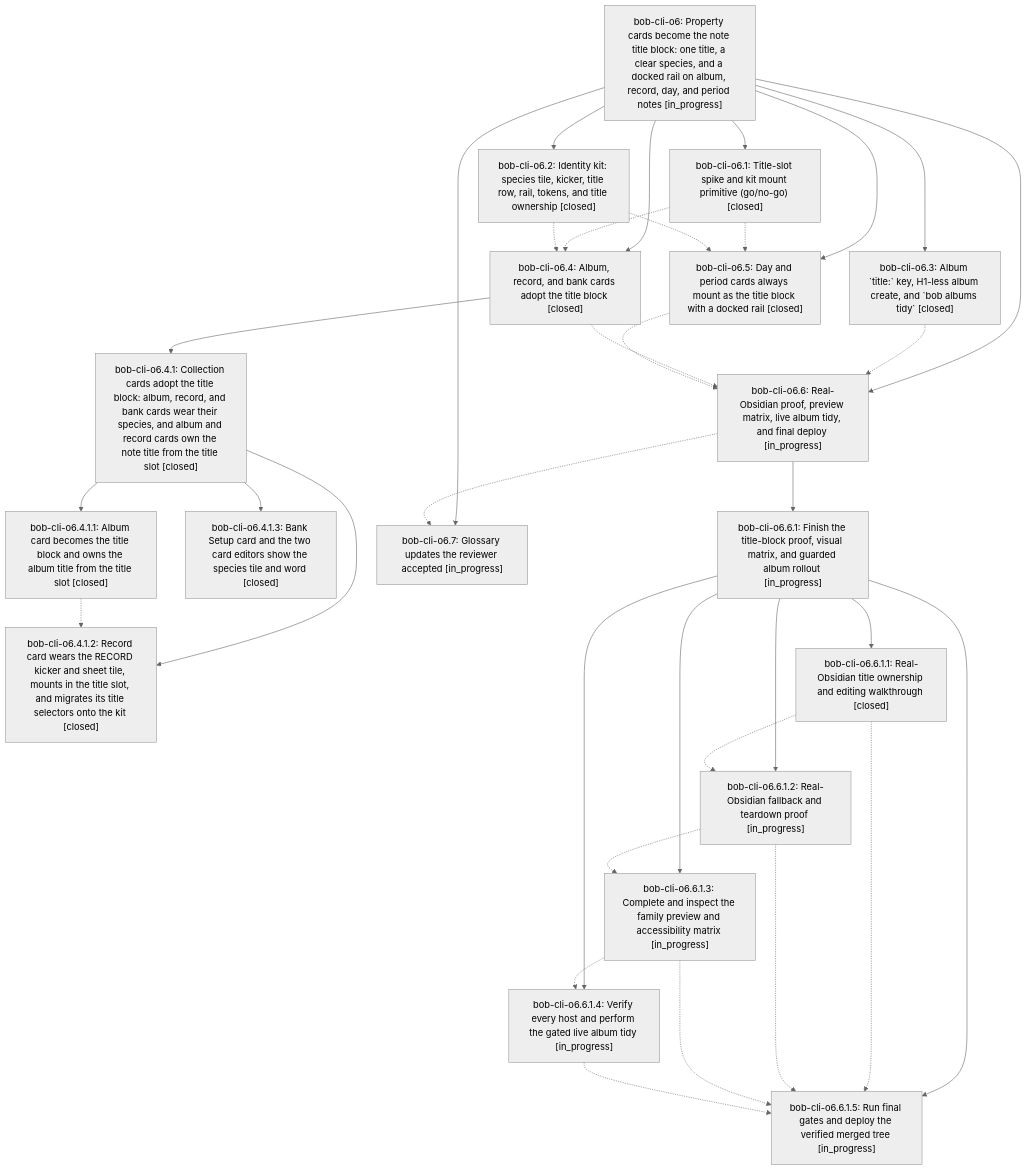
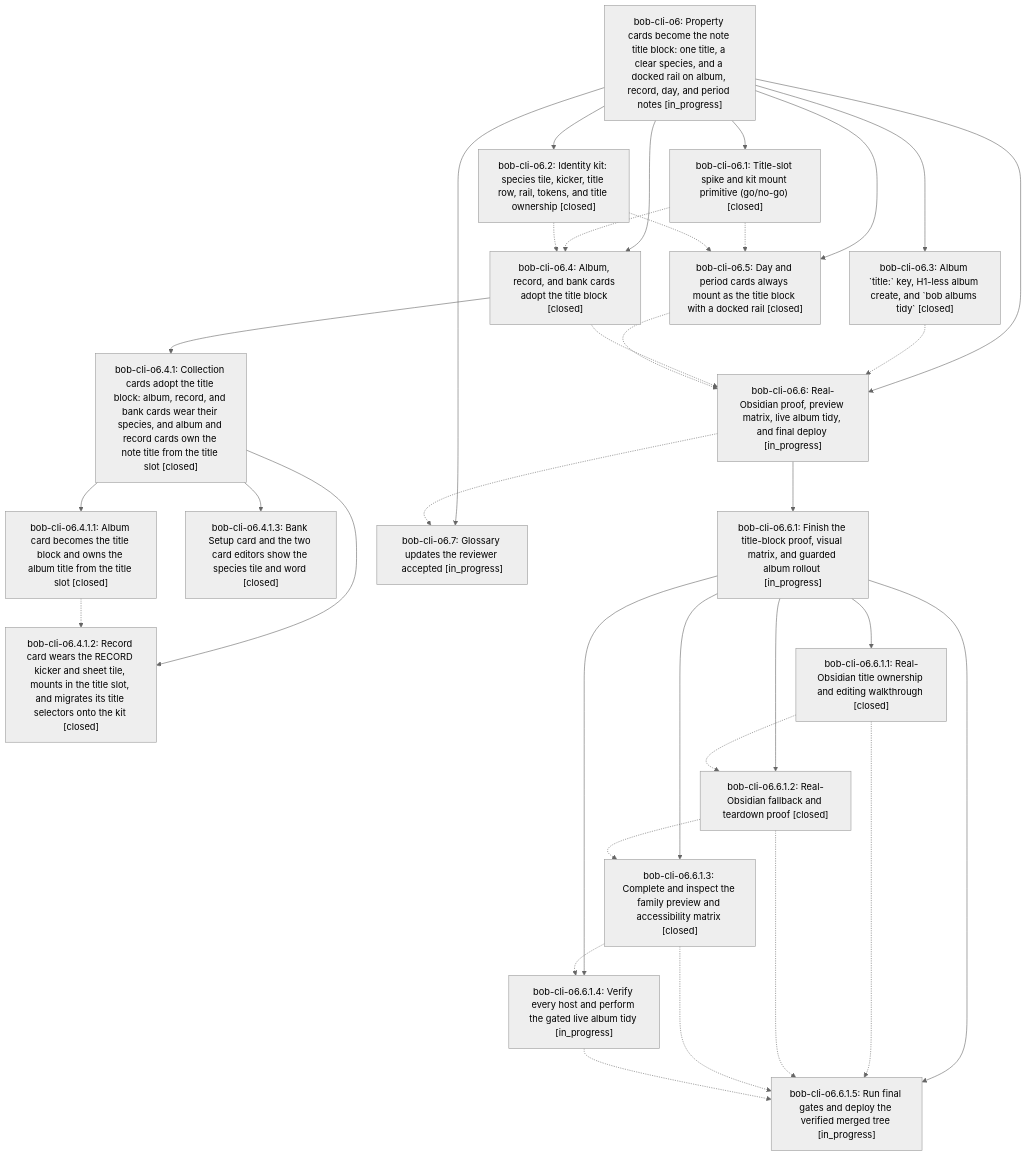
One commit to bobs-org/bob-cli--beads changed the diagram in pages/bob-cli-o6/README.md. Above: the diagram before and after it, drawn with Mermaid (neutral theme). The commit also changed other lines of this file and 5 other files, not shown here.

First line of the commit message:
chore(beads): sync bead state and pages for bob-cli-o6

````diff
--- a/pages/bob-cli-o6/README.md
+++ b/pages/bob-cli-o6/README.md
@@ -52,54 +52,54 @@
 ```mermaid
 flowchart TD
     n0["bob-cli-o6: Property cards become the note title block: one title, a clear species, and a docked rail on album, record, day, and period notes [in_progress]"]
     n1["bob-cli-o6.1: Title-slot spike and kit mount primitive (go/no-go) [closed]"]
     n2["bob-cli-o6.2: Identity kit: species tile, kicker, title row, rail, tokens, and title ownership [closed]"]
     n3["bob-cli-o6.3: Album `title:` key, H1-less album create, and `bob albums tidy` [closed]"]
     n4["bob-cli-o6.4: Album, record, and bank cards adopt the title block [closed]"]
     n5["bob-cli-o6.4.1: Collection cards adopt the title block: album, record, and bank cards wear their species, and album and record cards own the note title from the title slot [closed]"]
     n6["bob-cli-o6.4.1.1: Album card becomes the title block and owns the album title from the title slot [closed]"]
     n7["bob-cli-o6.4.1.2: Record card wears the RECORD kicker and sheet tile, mounts in the title slot, and migrates its title selectors onto the kit [closed]"]
     n8["bob-cli-o6.4.1.3: Bank Setup card and the two card editors show the species tile and word [closed]"]
     n9["bob-cli-o6.5: Day and period cards always mount as the title block with a docked rail [closed]"]
     n10["bob-cli-o6.6: Real-Obsidian proof, preview matrix, live album tidy, and final deploy [in_progress]"]
     n11["bob-cli-o6.6.1: Finish the title-block proof, visual matrix, and guarded album rollout [in_progress]"]
     n12["bob-cli-o6.6.1.1: Real-Obsidian title ownership and editing walkthrough [closed]"]
-    n13["bob-cli-o6.6.1.2: Real-Obsidian fallback and teardown proof [in_progress]"]
-    n14["bob-cli-o6.6.1.3: Complete and inspect the family preview and accessibility matrix [in_progress]"]
+    n13["bob-cli-o6.6.1.2: Real-Obsidian fallback and teardown proof [closed]"]
+    n14["bob-cli-o6.6.1.3: Complete and inspect the family preview and accessibility matrix [closed]"]
     n15["bob-cli-o6.6.1.4: Verify every host and perform the gated live album tidy [in_progress]"]
     n16["bob-cli-o6.6.1.5: Run final gates and deploy the verified merged tree [in_progress]"]
     n17["bob-cli-o6.7: Glossary updates the reviewer accepted [in_progress]"]
     n0 --> n1
     n0 --> n2
     n0 --> n3
     n0 --> n4
     n4 --> n5
     n5 --> n6
     n5 --> n7
     n5 --> n8
     n0 --> n9
     n0 --> n10
     n10 --> n11
     n11 --> n12
     n11 --> n13
     n11 --> n14
     n11 --> n15
     n11 --> n16
     n0 --> n17
     n1 -.-> n4
     n1 -.-> n9
     n2 -.-> n4
     n2 -.-> n9
     n3 -.-> n10
     n4 -.-> n10
     n6 -.-> n7
     n9 -.-> n10
     n10 -.-> n17
     n12 -.-> n13
     n12 -.-> n16
     n13 -.-> n14
     n13 -.-> n16
     n14 -.-> n15
     n14 -.-> n16
     n15 -.-> n16
 ```
````
